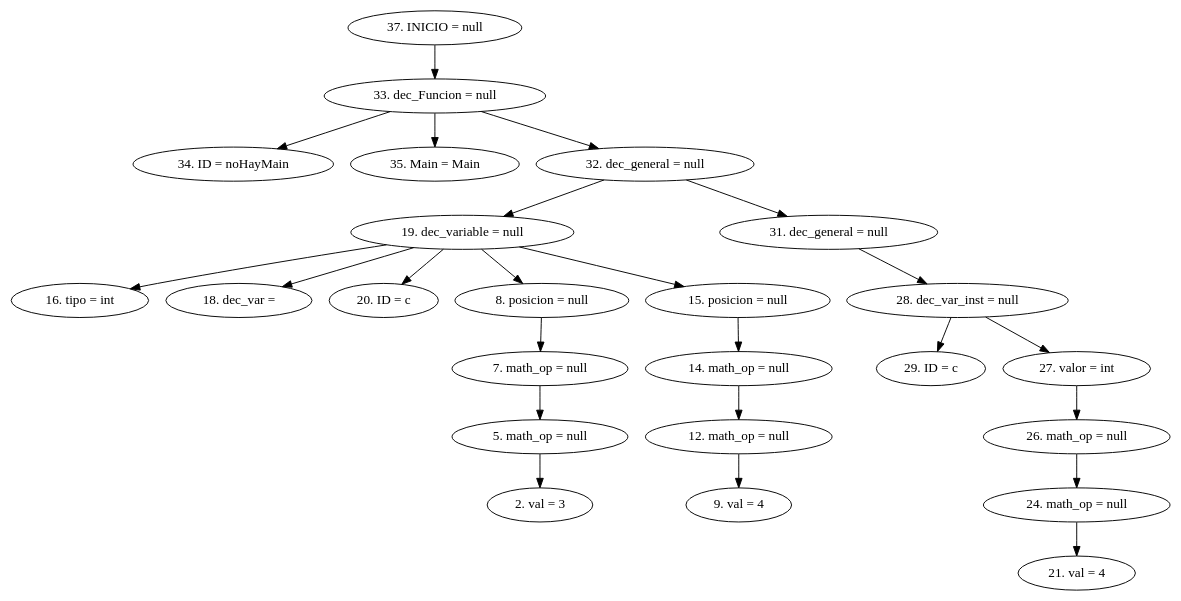
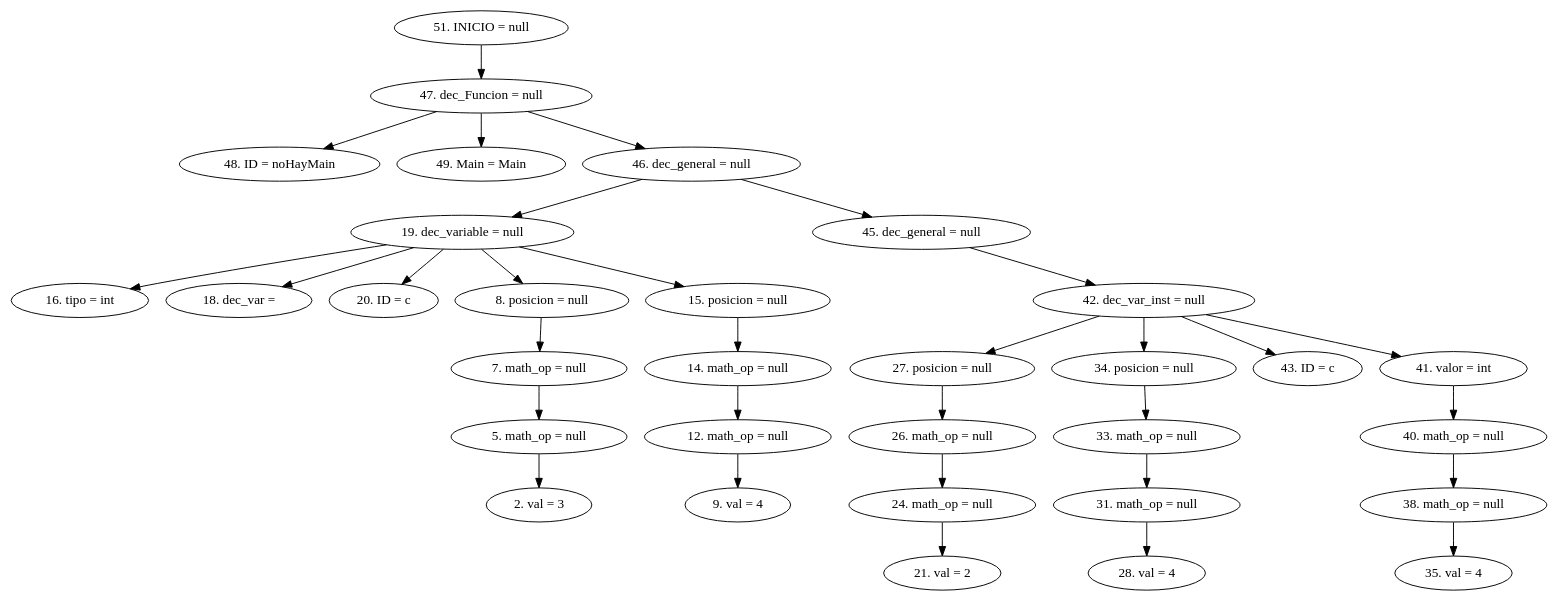
One commit to CarlosSosVos/NACHTs changed the diagram in AST.dot. Above: the diagram before and after it, drawn with Graphviz. The commit also changed 8 other files, not shown here.

```diff
--- a/AST.dot
+++ b/AST.dot
@@ -1,27 +1,35 @@
 digraph G {
-"37. INICIO = null"->"33. dec_Funcion = null"
-"33. dec_Funcion = null"->"34. ID = noHayMain"
-"33. dec_Funcion = null"->"35. Main = Main"
-"33. dec_Funcion = null"->"32. dec_general = null"
-"32. dec_general = null"->"19. dec_variable = null"
+"51. INICIO = null"->"47. dec_Funcion = null"
+"47. dec_Funcion = null"->"48. ID = noHayMain"
+"47. dec_Funcion = null"->"49. Main = Main"
+"47. dec_Funcion = null"->"46. dec_general = null"
+"46. dec_general = null"->"19. dec_variable = null"
 "19. dec_variable = null"->"16. tipo = int"
 "19. dec_variable = null"->"18. dec_var = "
 "19. dec_variable = null"->"20. ID = c"
 "19. dec_variable = null"->"8. posicion = null"
 "8. posicion = null"->"7. math_op = null"
 "7. math_op = null"->"5. math_op = null"
 "5. math_op = null"->"2. val = 3"
 "19. dec_variable = null"->"15. posicion = null"
 "15. posicion = null"->"14. math_op = null"
 "14. math_op = null"->"12. math_op = null"
 "12. math_op = null"->"9. val = 4"
-"32. dec_general = null"->"31. dec_general = null"
-"31. dec_general = null"->"28. dec_var_inst = null"
-"28. dec_var_inst = null"->"29. ID = c"
-"28. dec_var_inst = null"->"27. valor = int"
-"27. valor = int"->"26. math_op = null"
+"46. dec_general = null"->"45. dec_general = null"
+"45. dec_general = null"->"42. dec_var_inst = null"
+"42. dec_var_inst = null"->"27. posicion = null"
+"27. posicion = null"->"26. math_op = null"
 "26. math_op = null"->"24. math_op = null"
-"24. math_op = null"->"21. val = 4"
+"24. math_op = null"->"21. val = 2"
+"42. dec_var_inst = null"->"34. posicion = null"
+"34. posicion = null"->"33. math_op = null"
+"33. math_op = null"->"31. math_op = null"
+"31. math_op = null"->"28. val = 4"
+"42. dec_var_inst = null"->"43. ID = c"
+"42. dec_var_inst = null"->"41. valor = int"
+"41. valor = int"->"40. math_op = null"
+"40. math_op = null"->"38. math_op = null"
+"38. math_op = null"->"35. val = 4"
 
 
 }
```
